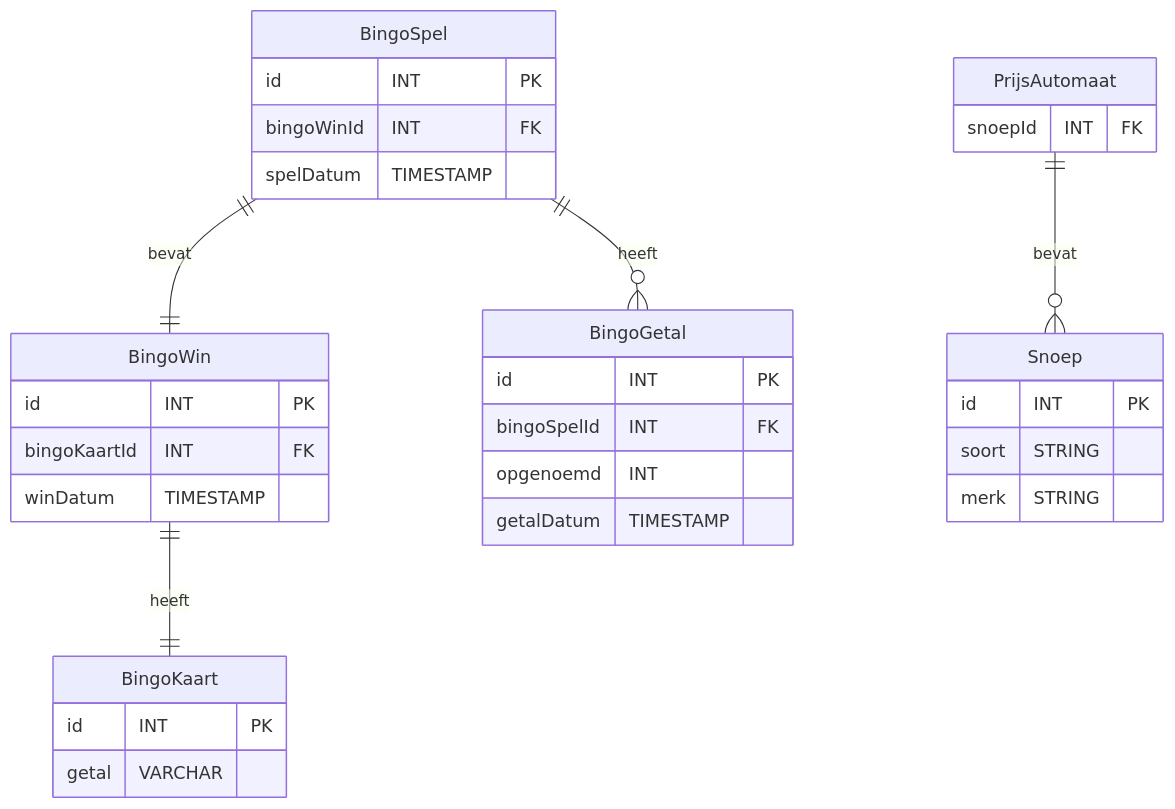
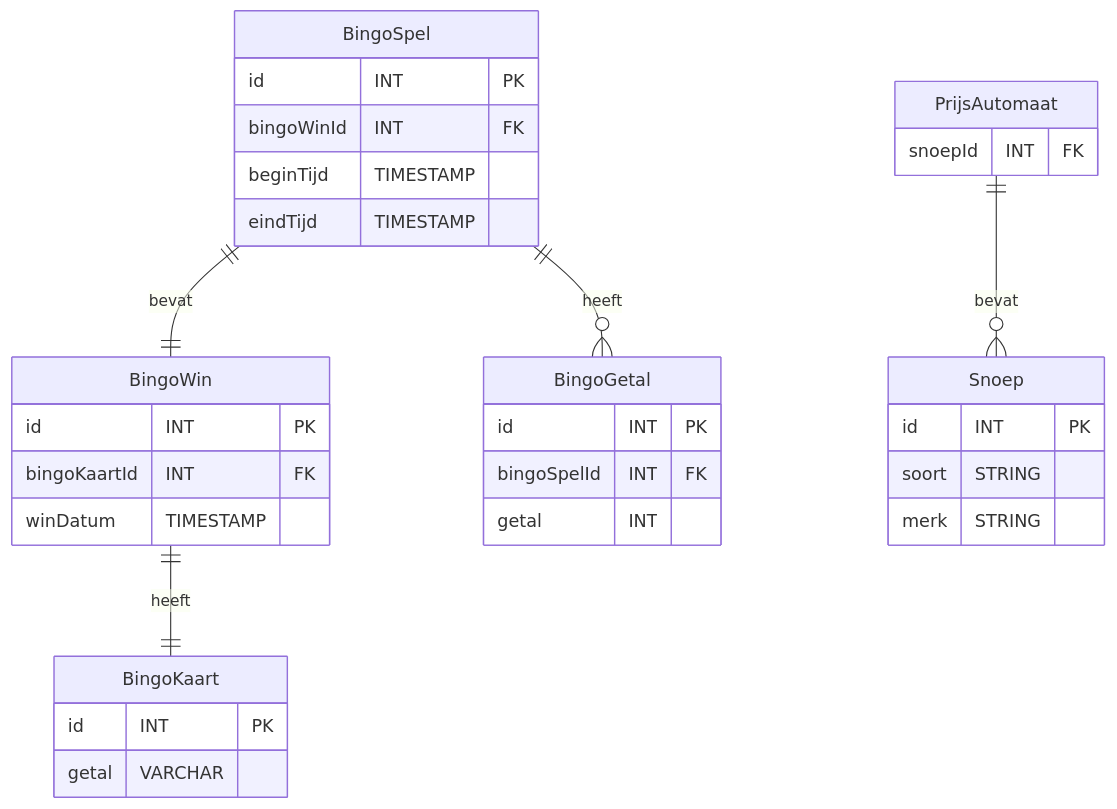
One commit to almukhabarat/bingo_game_elderly changed the third of 3 diagrams in docs/database/database_erd_concept.md. Above: the diagram before and after it, drawn with Mermaid. The commit also changed 1 other file, not shown here.

````diff
--- a/docs/database/database_erd_concept.md
+++ b/docs/database/database_erd_concept.md
@@ -73,41 +73,41 @@
 ```mermaid
     erDiagram
         BingoSpel ||--|| BingoWin: bevat
         BingoWin ||--|| BingoKaart: heeft 
         BingoSpel ||--o{ BingoGetal: heeft
         PrijsAutomaat ||--o{ Snoep: bevat
 
         BingoGetal {
             id INT PK
             bingoSpelId INT FK
-            opgenoemd INT
-            getalDatum TIMESTAMP
+            getal INT
         }
 
         BingoKaart {
             id INT PK
             getal VARCHAR
         }
 
         BingoWin {
             id INT PK
             bingoKaartId INT FK
             winDatum TIMESTAMP
         }
 
         BingoSpel {
             id INT PK
             bingoWinId INT FK
-            spelDatum TIMESTAMP 
+            beginTijd TIMESTAMP 
+            eindTijd TIMESTAMP 
         }
 
         PrijsAutomaat {
             snoepId INT FK
         }
 
         Snoep {
             id INT PK
             soort STRING
             merk STRING
         }
 ```
````
